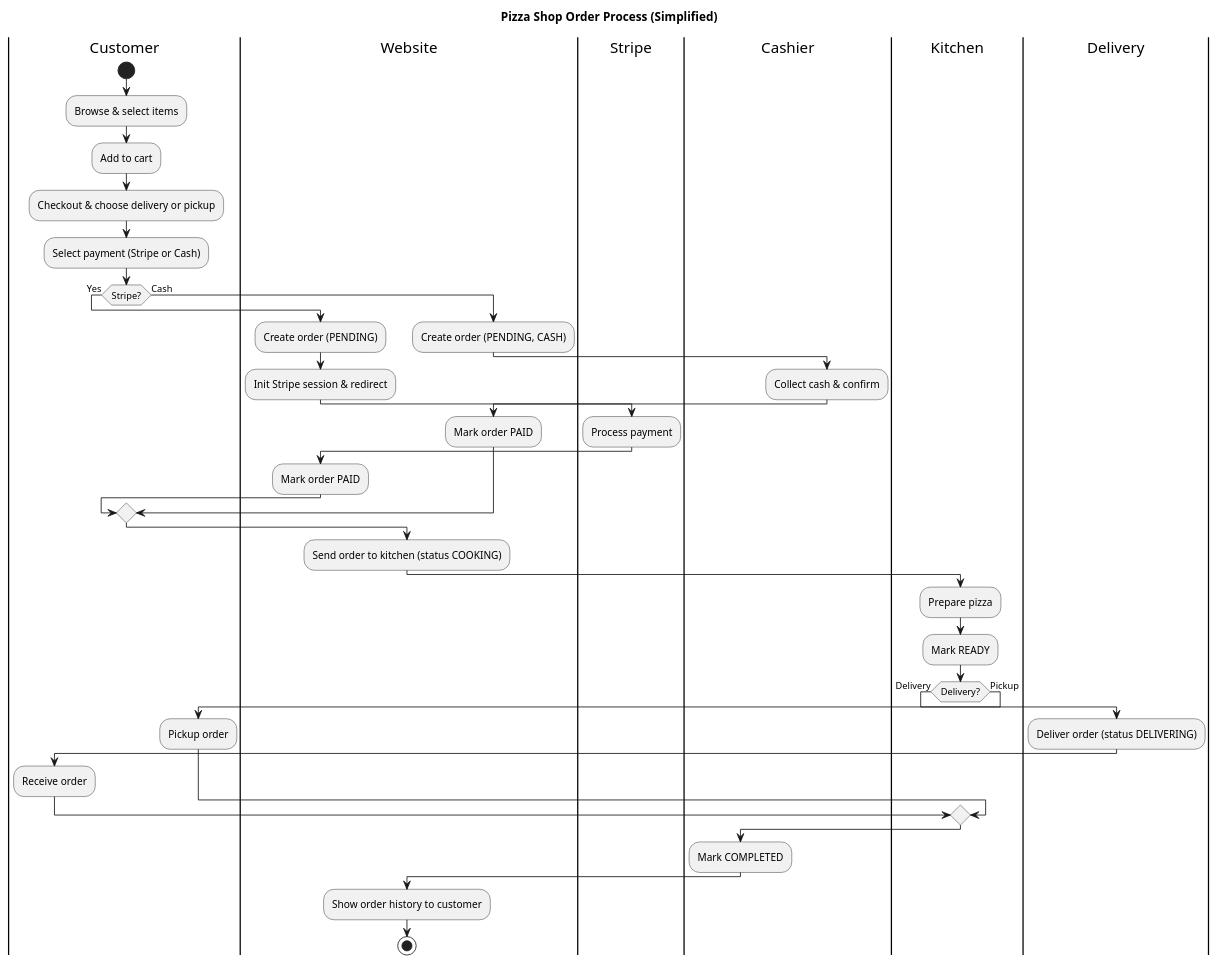
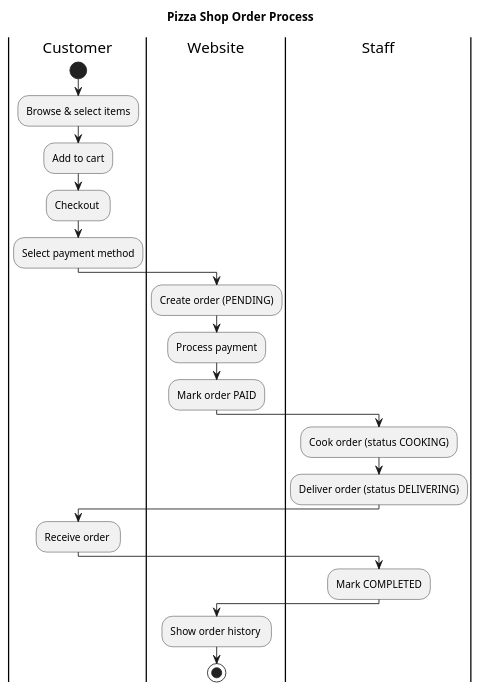
One commit to HieuNguyen610/SWP391_KienLTT_PizzaShop_FU changed the diagram in pizzashop/src/main/resources/static/uml/mainflow/BusinessProcess.puml. Above: the diagram before and after it, drawn with PlantUML. The commit also changed 3 other files, not shown here.

```diff
--- a/pizzashop/src/main/resources/static/uml/mainflow/BusinessProcess.puml
+++ b/pizzashop/src/main/resources/static/uml/mainflow/BusinessProcess.puml
@@ -1,55 +1,36 @@
 @startuml
 ' Simplified high-level swimlane for Pizza Shop online order
 ' Focus on major phases and actors only
 
-title Pizza Shop Order Process (Simplified)
+skinparam linetype ortho
+
+title Pizza Shop Order Process
 
 |Customer|
 start
 :Browse & select items;
 :Add to cart;
-:Checkout & choose delivery or pickup;
-:Select payment (Stripe or Cash);
-
-if (Stripe?) then (Yes)
-  |Website|
-  :Create order (PENDING);
-  :Init Stripe session & redirect;
-  |Stripe|
-  :Process payment;
-  |Website|
-  :Mark order PAID;
-else (Cash)
-  |Website|
-  :Create order (PENDING, CASH);
-  |Cashier|
-  :Collect cash & confirm;
-  |Website|
-  :Mark order PAID;
-endif
+:Checkout ;
+:Select payment method;
 
 |Website|
-:Send order to kitchen (status COOKING);
+:Create order (PENDING);
+:Process payment;
+:Mark order PAID;
 
-|Kitchen|
-:Prepare pizza;
-:Mark READY;
 
-if (Delivery?) then (Delivery)
-  |Delivery|
-  :Deliver order (status DELIVERING);
-  |Customer|
-  :Receive order;
-else (Pickup)
-  |Customer|
-  :Pickup order;
-endif
+|Staff|
+:Cook order (status COOKING);
+:Deliver order (status DELIVERING);
 
-|Cashier|
+|Customer|
+:Receive order ;
+
+|Staff|
 :Mark COMPLETED;
 
 |Website|
-:Show order history to customer;
+:Show order history ;
 stop
 
 @enduml
```
